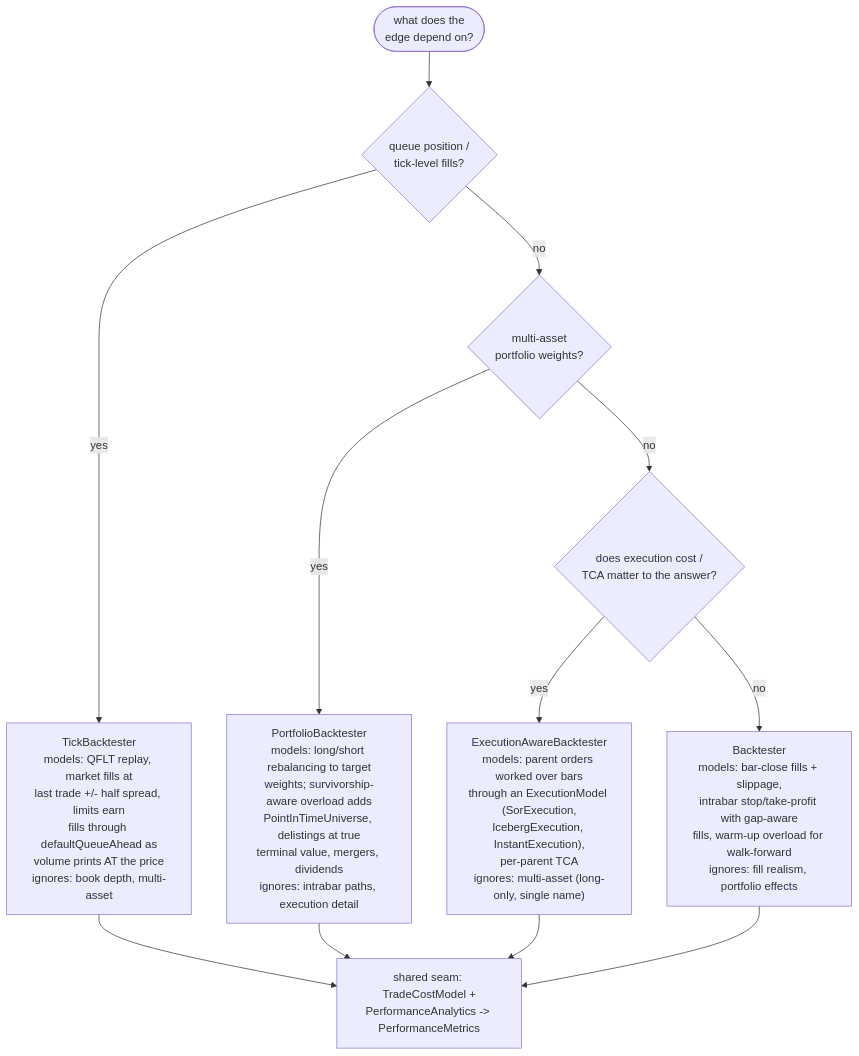
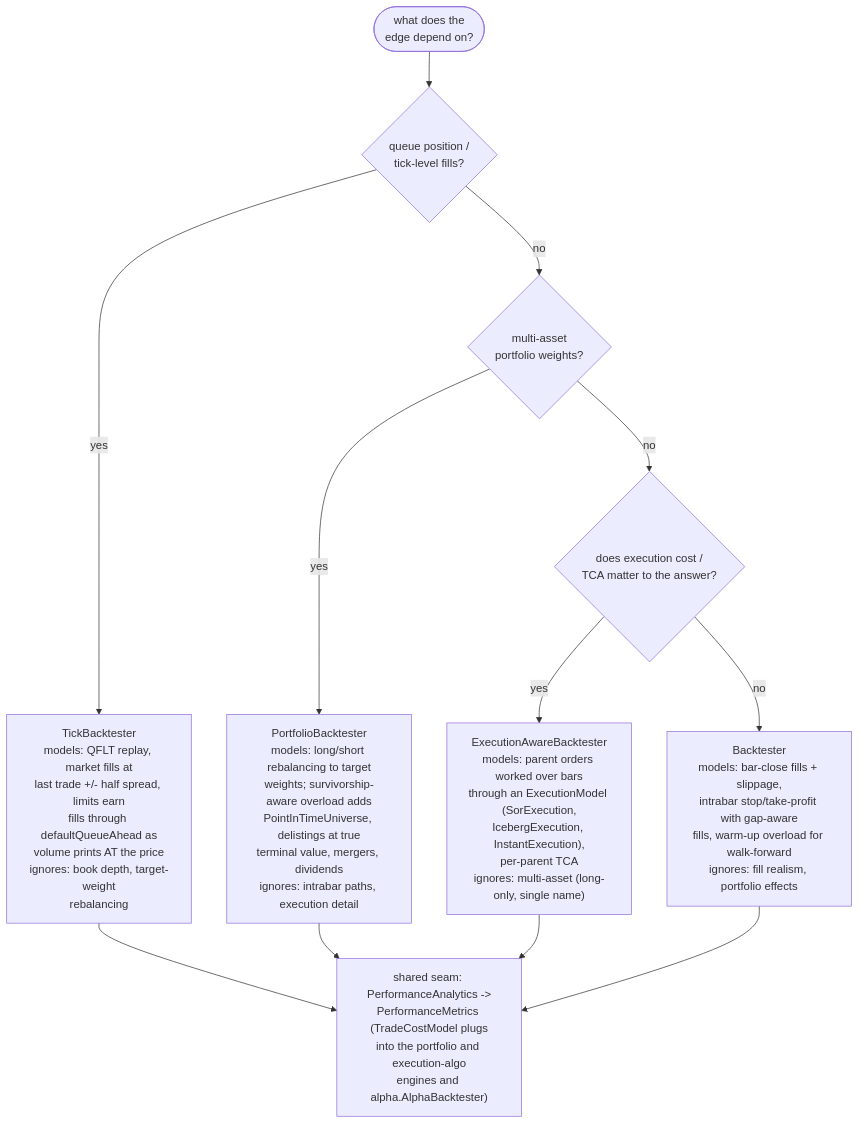
One commit to AshJha0/Quant-Finance-Library changed diagram 29 of 50 in docs/DIAGRAMS.md. Above: the diagram before and after it, drawn with Mermaid. The commit also changed other lines of this file and 2 other files, not shown here.

First line of the commit message:
docs: wave-2 review fixes — 2 exercise corrections, 11 diagram-narration edits, recipe 40 example repaired

````diff
--- a/docs/DIAGRAMS.md
+++ b/docs/DIAGRAMS.md
@@ -1056,15 +1057,15 @@
 ```mermaid
 flowchart TD
     Q29(["what does the<br/>edge depend on?"]) --> QP29{"queue position /<br/>tick-level fills?"}
-    QP29 -->|yes| TB29["TickBacktester<br/>models: QFLT replay, market fills at<br/>last trade +/- half spread, limits earn<br/>fills through defaultQueueAhead as<br/>volume prints AT the price<br/>ignores: book depth, multi-asset"]
+    QP29 -->|yes| TB29["TickBacktester<br/>models: QFLT replay, market fills at<br/>last trade +/- half spread, limits earn<br/>fills through defaultQueueAhead as<br/>volume prints AT the price<br/>ignores: book depth, target-weight<br/>rebalancing"]
     QP29 -->|no| MA29{"multi-asset<br/>portfolio weights?"}
     MA29 -->|yes| PB29["PortfolioBacktester<br/>models: long/short rebalancing to target<br/>weights; survivorship-aware overload adds<br/>PointInTimeUniverse, delistings at true<br/>terminal value, mergers, dividends<br/>ignores: intrabar paths, execution detail"]
     MA29 -->|no| EX29{"does execution cost /<br/>TCA matter to the answer?"}
     EX29 -->|yes| EA29["ExecutionAwareBacktester<br/>models: parent orders worked over bars<br/>through an ExecutionModel (SorExecution,<br/>IcebergExecution, InstantExecution),<br/>per-parent TCA<br/>ignores: multi-asset (long-only, single name)"]
     EX29 -->|no| BT29["Backtester<br/>models: bar-close fills + slippage,<br/>intrabar stop/take-profit with gap-aware<br/>fills, warm-up overload for walk-forward<br/>ignores: fill realism, portfolio effects"]
 
-    TB29 --> COST29["shared seam: TradeCostModel +<br/>PerformanceAnalytics -> PerformanceMetrics"]
+    TB29 --> COST29["shared seam: PerformanceAnalytics -><br/>PerformanceMetrics (TradeCostModel plugs<br/>into the portfolio and execution-algo<br/>engines and alpha.AlphaBacktester)"]
     PB29 --> COST29
     EA29 --> COST29
     BT29 --> COST29
 ```
````
